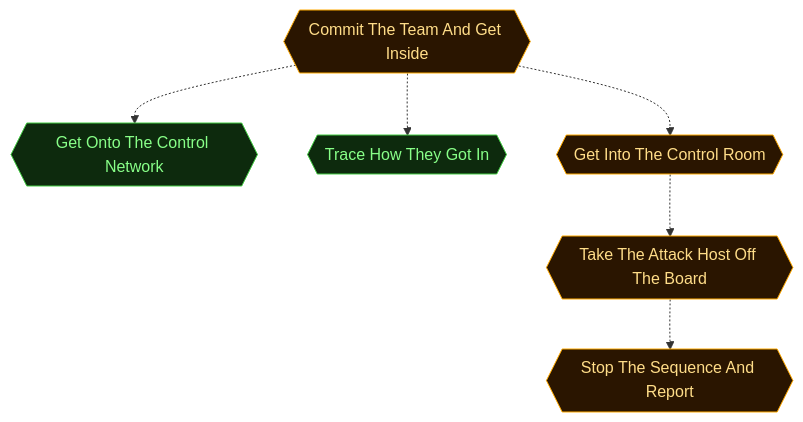
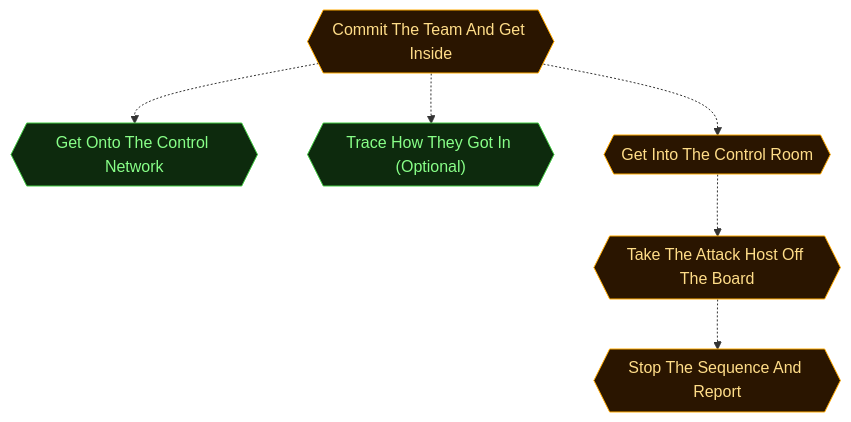
One commit to cliffe/BreakEscape changed the second of 5 diagrams in scenarios/m07_architects_gambit/dungeon_graph.md. Above: the diagram before and after it, drawn with Mermaid. The commit also changed other lines of this file and 28 other files, not shown here.

````diff
--- a/scenarios/m07_architects_gambit/dungeon_graph.md
+++ b/scenarios/m07_architects_gambit/dungeon_graph.md
@@ -175,34 +182,34 @@
 ```mermaid
 flowchart TD
 
   classDef room      fill:#0f2d2d,stroke:#22ddcc,color:#a0ffee
   classDef lock      fill:#2d0f0f,stroke:#e66060,color:#ffa0a0
   classDef key       fill:#2d0812,stroke:#e66060,color:#ffa0a0
   classDef item      fill:#2d1200,stroke:#e89030,color:#ffcc80
   classDef gate      fill:#111,stroke:#666,color:#eee
   classDef vm        fill:#0c1f40,stroke:#4a90d9,color:#a0c8ff
   classDef flag      fill:#1a0c2d,stroke:#9060d0,color:#cc99ff
   classDef action    fill:#1a1200,stroke:#cc9922,color:#ffee88
   classDef aim       fill:#0d2a0d,stroke:#44cc44,color:#88ff88
   classDef aim_gate  fill:#111111,stroke:#44cc44,color:#44cc44
   classDef container fill:#1a2d1a,stroke:#60b060,color:#a0e0a0
   classDef npc       fill:#2d1f0d,stroke:#d0a050,color:#ffe0a0
   classDef critical  fill:#2a1500,stroke:#ffaa00,color:#ffdd88
   classDef start     fill:#003322,stroke:#00ffaa,color:#00ffaa
 
   aim_commit_the_team{{"Commit The Team And Get Inside"}}
   aim_reach_the_control_network{{"Get Onto The Control Network"}}
-  aim_trace_the_intrusion{{"Trace How They Got In"}}
+  aim_trace_the_intrusion{{"Trace How They Got In (Optional)"}}
   aim_reach_the_control_room{{"Get Into The Control Room"}}
   aim_take_the_attack_host{{"Take The Attack Host Off The Board"}}
   aim_end_the_sequence{{"Stop The Sequence And Report"}}
 
   aim_commit_the_team -.-> aim_reach_the_control_network
   aim_commit_the_team -.-> aim_trace_the_intrusion
   aim_commit_the_team -.-> aim_reach_the_control_room
   aim_reach_the_control_room -.-> aim_take_the_attack_host
   aim_take_the_attack_host -.-> aim_end_the_sequence
 
   class aim_commit_the_team,aim_reach_the_control_room,aim_take_the_attack_host,aim_end_the_sequence critical
   class aim_reach_the_control_network,aim_trace_the_intrusion aim
 ```
````
